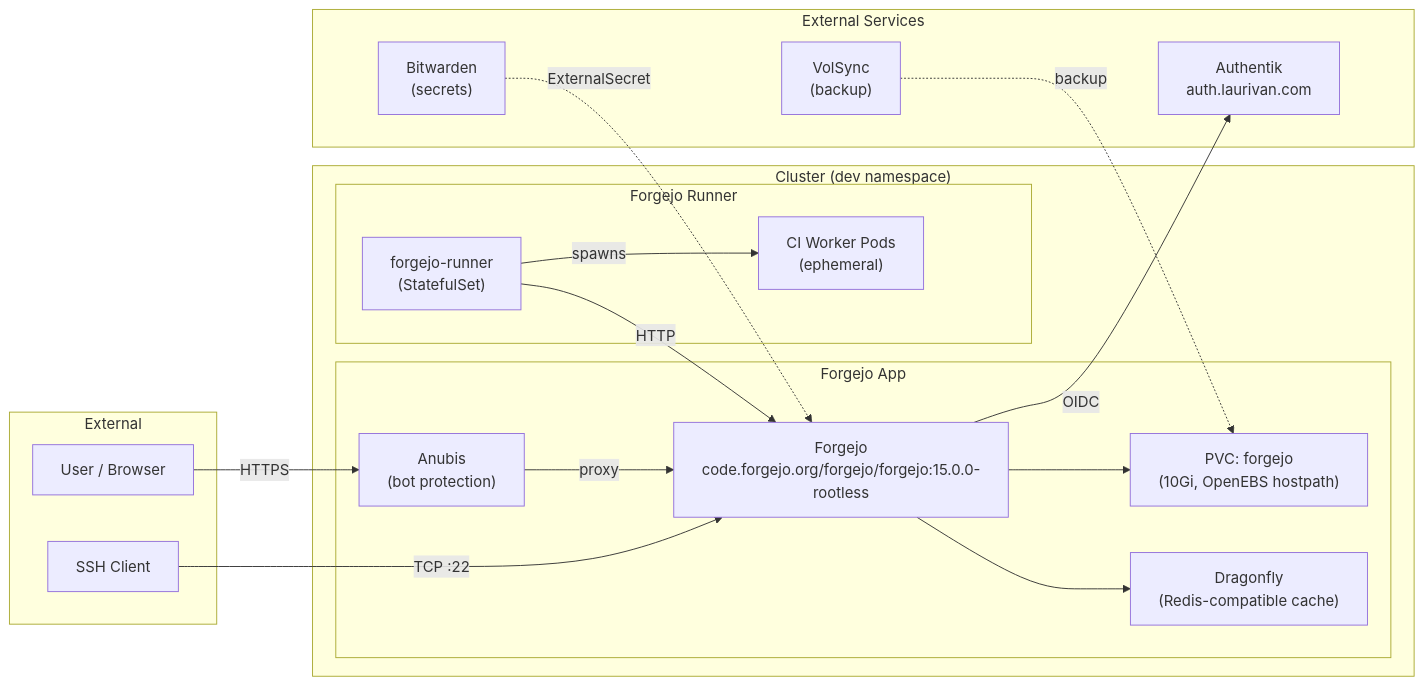
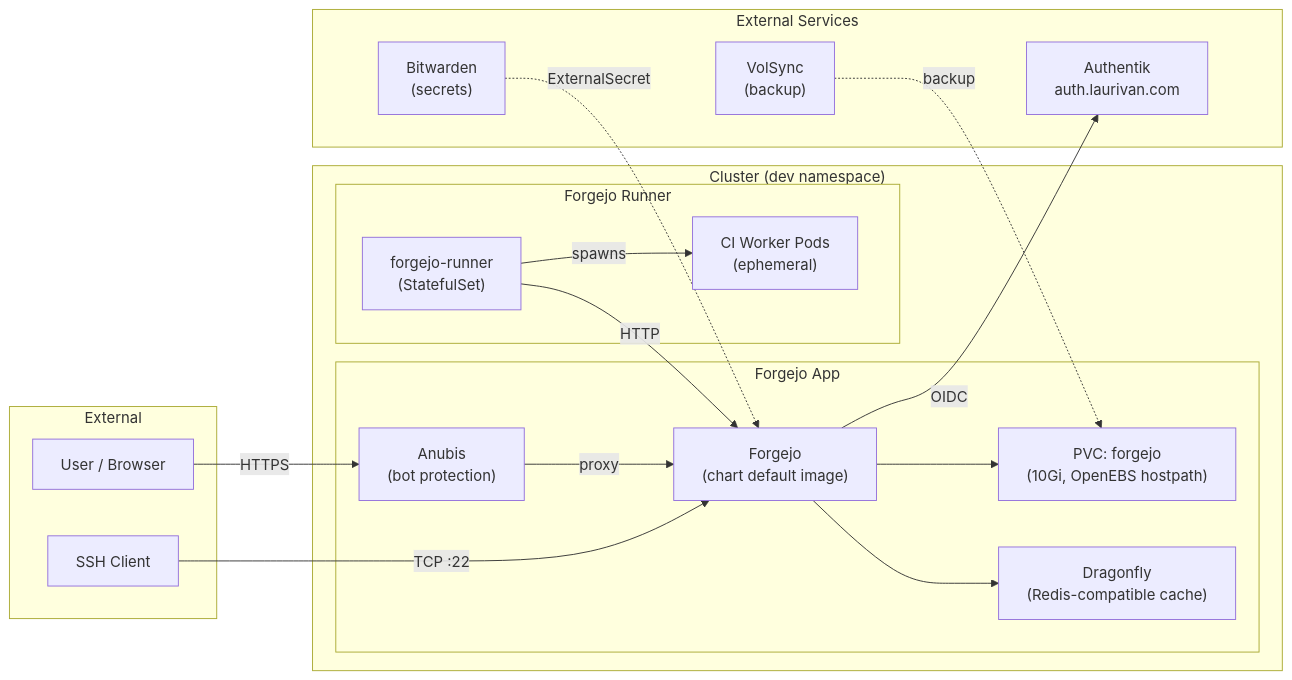
The diagram in kubernetes/apps/development/forgejo/README.md (equinoxel/home-ops), drawn with Mermaid before and after one commit. The commit also changed 1 other file, not shown here.

Commit message:
feat(forgejo): use chart default image instead of pinned version
- Remove pinned Forgejo image tag (15.0.0-rootless) from helmrelease
- Update README diagram to reflect chart default image usage
- Simplify image configuration by relying on helm chart defaults
- Reduces maintenance burden of manual image version updates

````diff
--- a/kubernetes/apps/development/forgejo/README.md
+++ b/kubernetes/apps/development/forgejo/README.md
@@ -7,37 +7,37 @@
 ```mermaid
 graph LR
     subgraph External
         User[User / Browser]
         SSH[SSH Client]
     end
 
     subgraph "Cluster (dev namespace)"
         subgraph "Forgejo App"
             Anubis["Anubis<br/>(bot protection)"]
-            Forgejo["Forgejo<br/>code.forgejo.org/forgejo/forgejo:15.0.0-rootless"]
+            Forgejo["Forgejo<br/>(chart default image)"]
             Dragonfly["Dragonfly<br/>(Redis-compatible cache)"]
             PVC["PVC: forgejo<br/>(10Gi, OpenEBS hostpath)"]
         end
 
         subgraph "Forgejo Runner"
             Runner["forgejo-runner<br/>(StatefulSet)"]
             WorkerPods["CI Worker Pods<br/>(ephemeral)"]
         end
     end
 
     subgraph "External Services"
         Authentik["Authentik<br/>auth.laurivan.com"]
         Bitwarden["Bitwarden<br/>(secrets)"]
         VolSync["VolSync<br/>(backup)"]
     end
 
     User -->|HTTPS| Anubis -->|proxy| Forgejo
     SSH -->|TCP :22| Forgejo
     Forgejo --> Dragonfly
     Forgejo --> PVC
     Forgejo -->|OIDC| Authentik
     Runner -->|HTTP| Forgejo
     Runner -->|spawns| WorkerPods
     Bitwarden -.->|ExternalSecret| Forgejo
     VolSync -.->|backup| PVC
 ```
````
